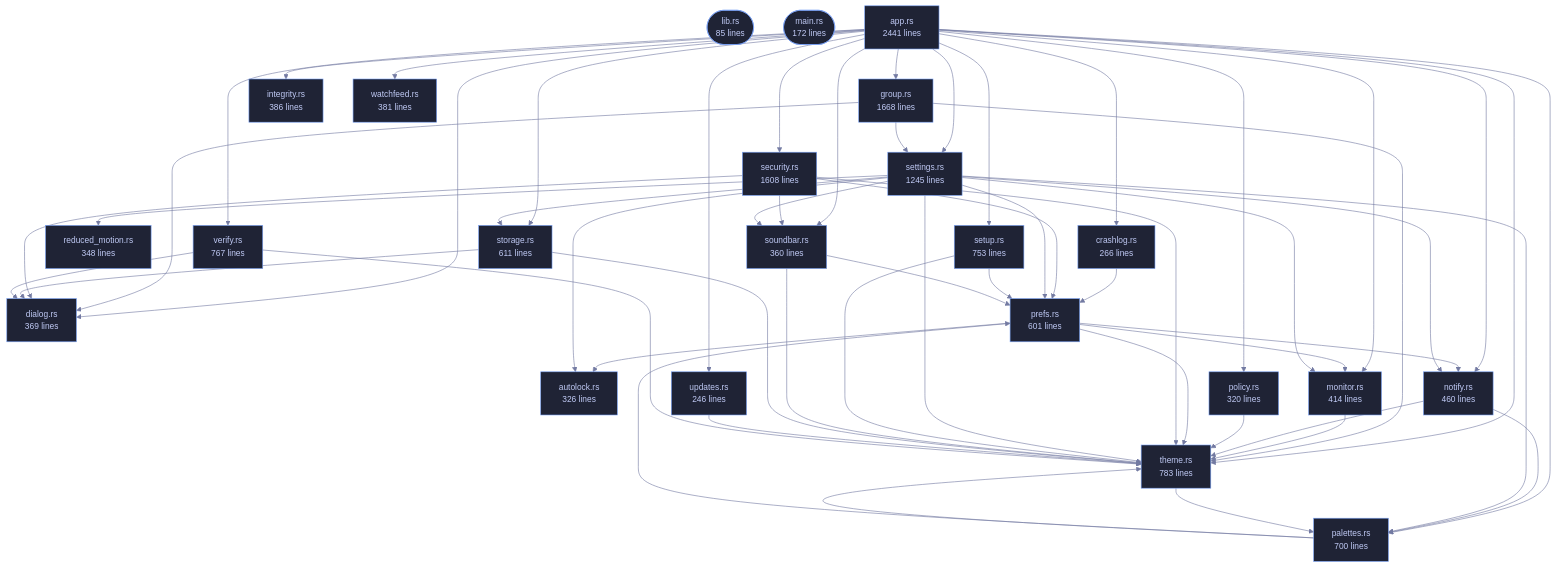
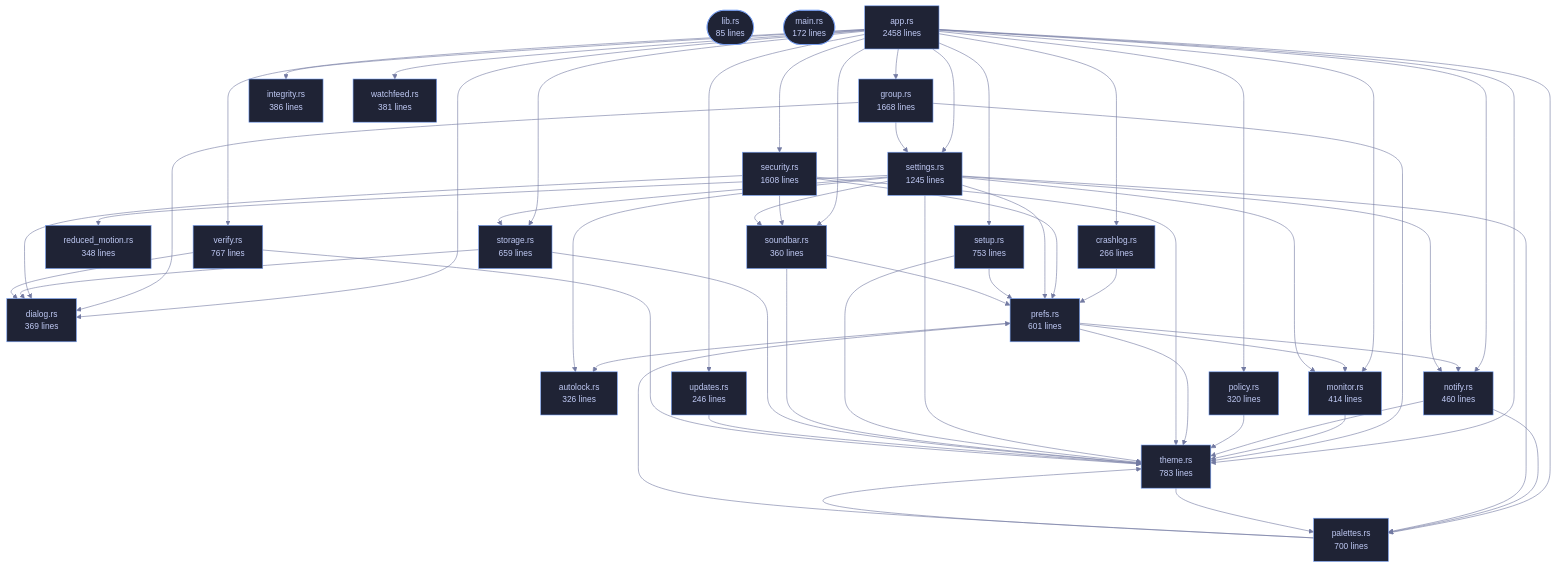
The diagram in crates/veilvoice-gui/README.md (tilas01/veilvoice), drawn with Mermaid before and after one commit. The commit also changed other lines of this file and 33 other files, not shown here.

```diff
--- a/crates/veilvoice-gui/README.md
+++ b/crates/veilvoice-gui/README.md
@@ -96,7 +96,7 @@
 flowchart TD
     n_lib(["lib.rs<br/>85 lines"])
     n_main(["main.rs<br/>172 lines"])
-    n_app["app.rs<br/>2441 lines"]
+    n_app["app.rs<br/>2458 lines"]
     n_autolock["autolock.rs<br/>326 lines"]
     n_crashlog["crashlog.rs<br/>266 lines"]
     n_dialog["dialog.rs<br/>369 lines"]
@@ -112,7 +112,7 @@
     n_settings["settings.rs<br/>1245 lines"]
     n_setup["setup.rs<br/>753 lines"]
     n_soundbar["soundbar.rs<br/>360 lines"]
-    n_storage["storage.rs<br/>611 lines"]
+    n_storage["storage.rs<br/>659 lines"]
     n_theme["theme.rs<br/>783 lines"]
     n_updates["updates.rs<br/>246 lines"]
     n_verify["verify.rs<br/>767 lines"]
```
